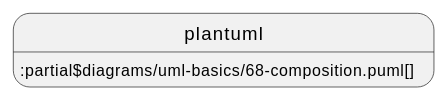
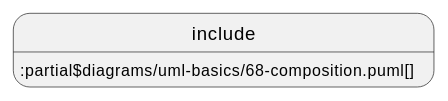
The seventh of 24 diagrams in documentation/IDTA-01001/modules/ROOT/pages/annex/uml.adoc (acplt/aas-specs), drawn with PlantUML before and after one commit. The commit also changed other lines of this file and 14 other files, not shown here.

First line of the commit message:
Revert "Use plantuml instead of include and test ./"

```diff
--- a/documentation/IDTA-01001/modules/ROOT/pages/annex/uml.adoc
+++ b/documentation/IDTA-01001/modules/ROOT/pages/annex/uml.adoc
@@ -127,4 +127,4 @@
 [plantuml, 68-composition, svg]
 ....
-plantuml::partial$diagrams/uml-basics/68-composition.puml[]
+include::partial$diagrams/uml-basics/68-composition.puml[]
 ....
```
